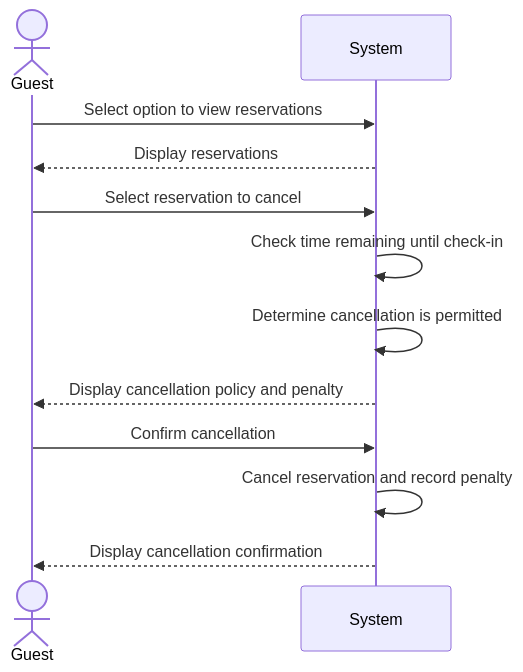
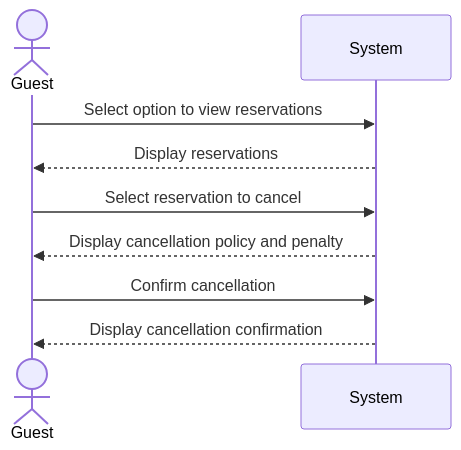
One commit to JaceYar/Software1-Proj changed the diagram in Documentation/User-Cases/CancelReservation.md. Above: the diagram before and after it, drawn with Mermaid. The commit also changed 17 other files, not shown here.

````diff
--- a/Documentation/User-Cases/CancelReservation.md
+++ b/Documentation/User-Cases/CancelReservation.md
@@ -11,15 +11,12 @@
 ```mermaid
 sequenceDiagram
     actor Guest
     participant System
 
     Guest->>System: Select option to view reservations
     System-->>Guest: Display reservations
     Guest->>System: Select reservation to cancel
-    System->>System: Check time remaining until check-in
-    System->>System: Determine cancellation is permitted
     System-->>Guest: Display cancellation policy and penalty
     Guest->>System: Confirm cancellation
-    System->>System: Cancel reservation and record penalty
     System-->>Guest: Display cancellation confirmation
 ```
````
